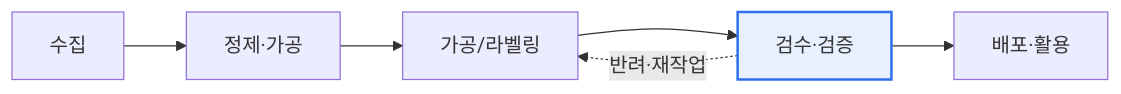
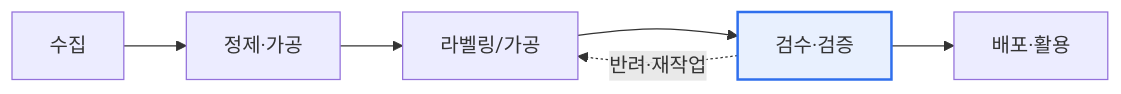
Before and after one commit to coninggu/wjdqhrhksflrltnftk: the diagram in content/ai-training-data-quality.md, drawn with Mermaid. The commit also changed other lines of this file and 5 other files, not shown here.

````diff
--- a/content/ai-training-data-quality.md
+++ b/content/ai-training-data-quality.md
@@ -12,6 +15,6 @@
 ```mermaid
 flowchart LR
-  A[수집] --> B[정제·가공] --> C[가공/라벨링] --> D[검수·검증] --> E[배포·활용]
+  A[수집] --> B[정제·가공] --> C[라벨링/가공] --> D[검수·검증] --> E[배포·활용]
   D -. 반려·재작업 .-> C
   style D fill:#e8f0fe,stroke:#2f6fed,stroke-width:2px
 ```
````
